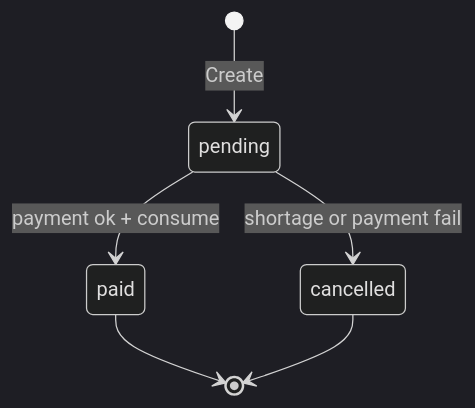
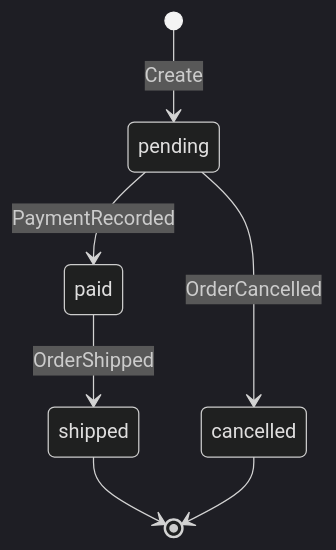
The fifth of 6 diagrams in portfolio-plan/commerce-platform/docs/06-diagrams.md (maeplego/portfolio-plan), drawn with Mermaid (dark theme) before and after one commit. The commit also changed other lines of this file and 14 other files, not shown here.

````diff
--- a/portfolio-plan/commerce-platform/docs/06-diagrams.md
+++ b/portfolio-plan/commerce-platform/docs/06-diagrams.md
@@ -97,8 +97,9 @@
 ```mermaid
 stateDiagram-v2
   [*] --> pending: Create
-  pending --> paid: payment ok + consume
-  pending --> cancelled: shortage or payment fail
-  paid --> [*]
+  pending --> paid: PaymentRecorded
+  pending --> cancelled: OrderCancelled
+  paid --> shipped: OrderShipped
+  shipped --> [*]
   cancelled --> [*]
 ```
````
